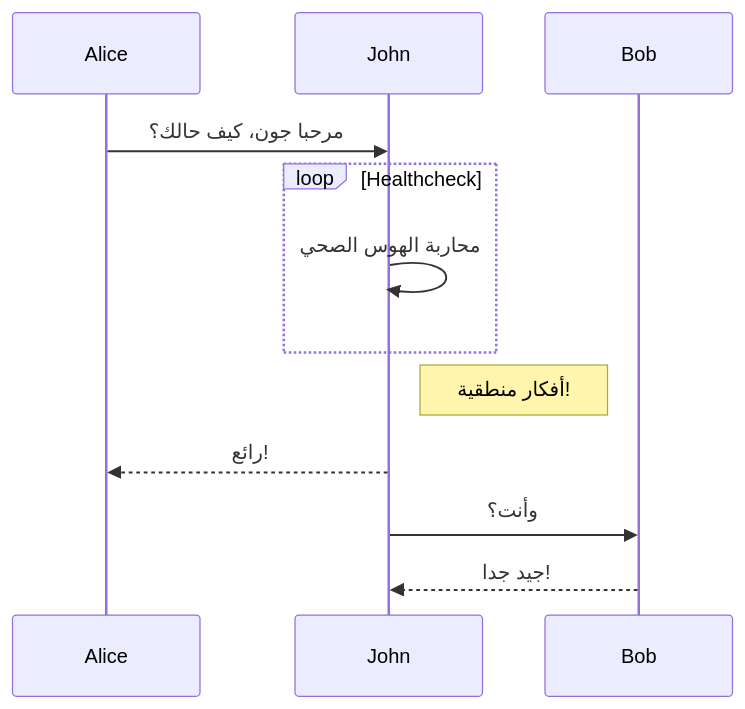
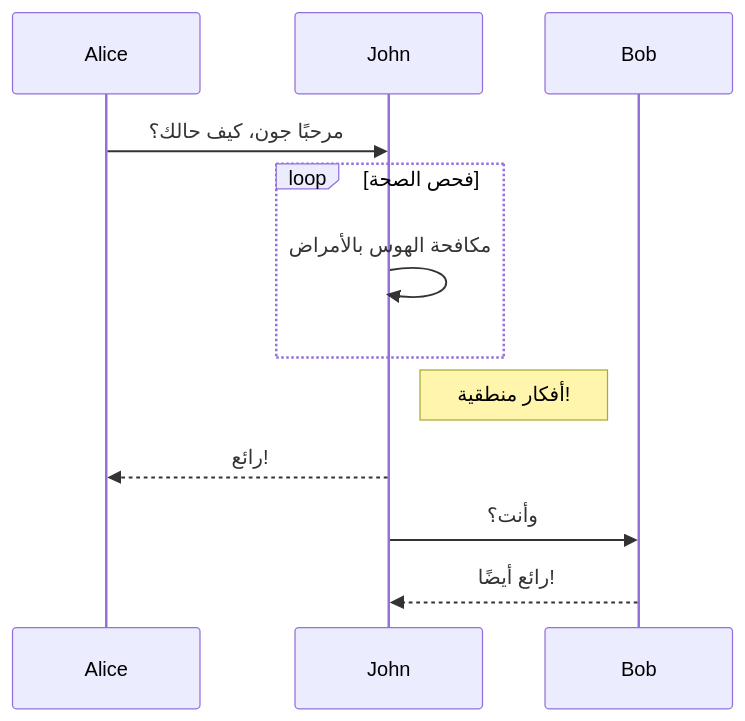
Before and after one commit to linyuxuanlin/Wiki_MkDocs: the fourth of 5 diagrams in docs/ar/MkDocs测试实验室.md, drawn with Mermaid. The commit also changed other lines of this file and 31 other files, not shown here.

````diff
--- a/docs/ar/MkDocs测试实验室.md
+++ b/docs/ar/MkDocs测试实验室.md
@@ -33,12 +33,11 @@
 ```mermaid
 sequenceDiagram
-  Alice->>John: مرحبا جون، كيف حالك؟
-  loop Healthcheck
-      John->>John: محاربة الهوس الصحي
+  Alice->>John: مرحبًا جون، كيف حالك؟
+  loop فحص الصحة
+      John->>John: مكافحة الهوس بالأمراض
   end
   Note right of John: أفكار منطقية!
   John-->>Alice: رائع!
   John->>Bob: وأنت؟
-  Bob-->>John: جيد جدا!
-
+  Bob-->>John: رائع أيضًا!
 ```
````
